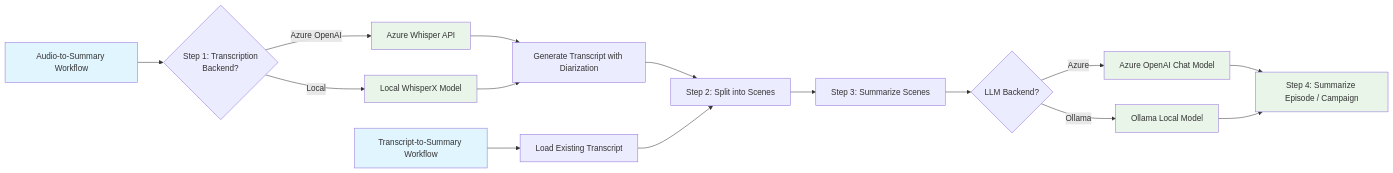
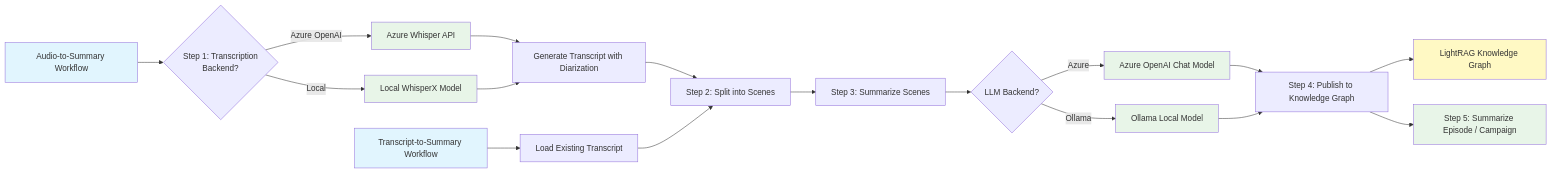
One commit to SoTrxII/summarizer changed the diagram in README.md. Above: the diagram before and after it, drawn with Mermaid. The commit also changed other lines of this file, not shown here.

Commit message:
chore : Updating readme with knwoledge graph info

````diff
--- a/README.md
+++ b/README.md
@@ -356,35 +426,40 @@
 ```mermaid
 graph LR
 
     %% Audio-to-Summary Workflow
     G[Audio-to-Summary Workflow]
     G --> I2{Step 1: Transcription<br/>Backend?}
     I2 -->|Azure OpenAI| I3[Azure Whisper API]
     I2 -->|Local| I4[Local WhisperX Model]
     I3 --> I5[Generate Transcript with Diarization]
     I4 --> I5
 
     I5 --> J[Step 2: Split into Scenes]
     
     %% Transcript-to-Summary Workflow (joins here)
     H[Transcript-to-Summary Workflow]
     H --> K[Load Existing Transcript]
     K --> J
     
     J --> L[Step 3: Summarize Scenes]
     L --> L2{LLM Backend?}
     L2 -->|Azure| L3[Azure OpenAI Chat Model]
     L2 -->|Ollama| L4[Ollama Local Model]
     
-    L3 --> M[Step 4: Summarize Episode / Campaign]
+    L3 --> M[Step 4: Publish to Knowledge Graph]
     L4 --> M
+    M --> N[LightRAG Knowledge Graph]
+    
+    M --> O[Step 5: Summarize Episode / Campaign]
     
     %% Styling
     classDef workflow fill:#e1f5fe
     classDef storage fill:#f3e5f5
     classDef ai fill:#e8f5e8
     classDef api fill:#fff3e0
+    classDef kg fill:#fff9c4
     
     class G,H workflow
-    class I3,I4,L3,L4,M ai
+    class I3,I4,L3,L4,O ai
+    class N kg
 ```
````
